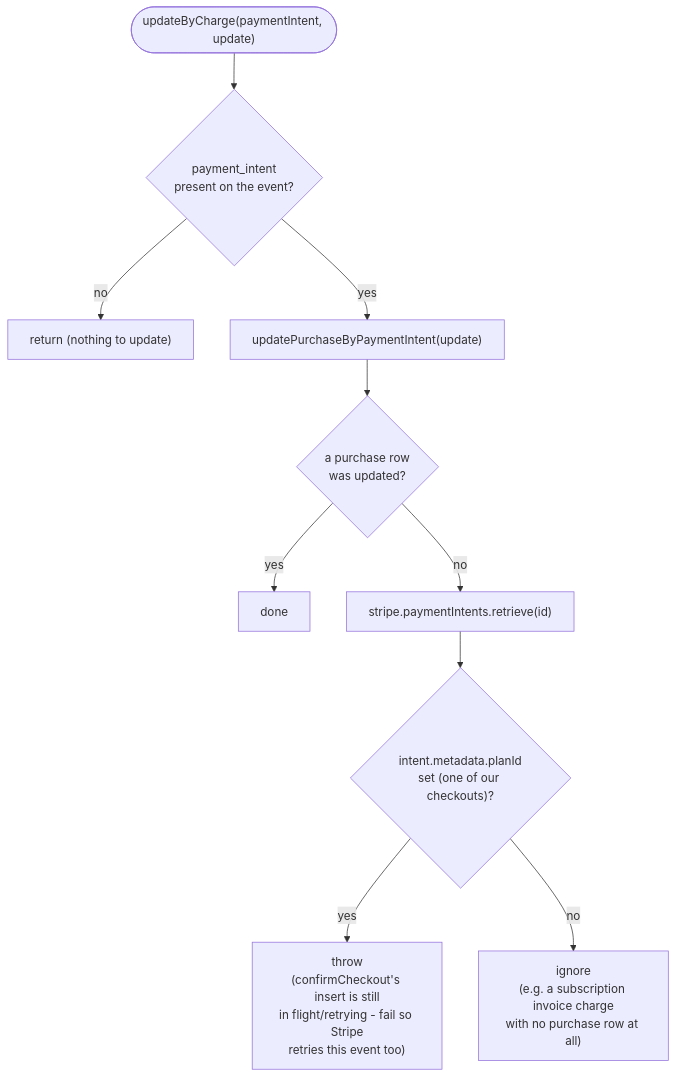
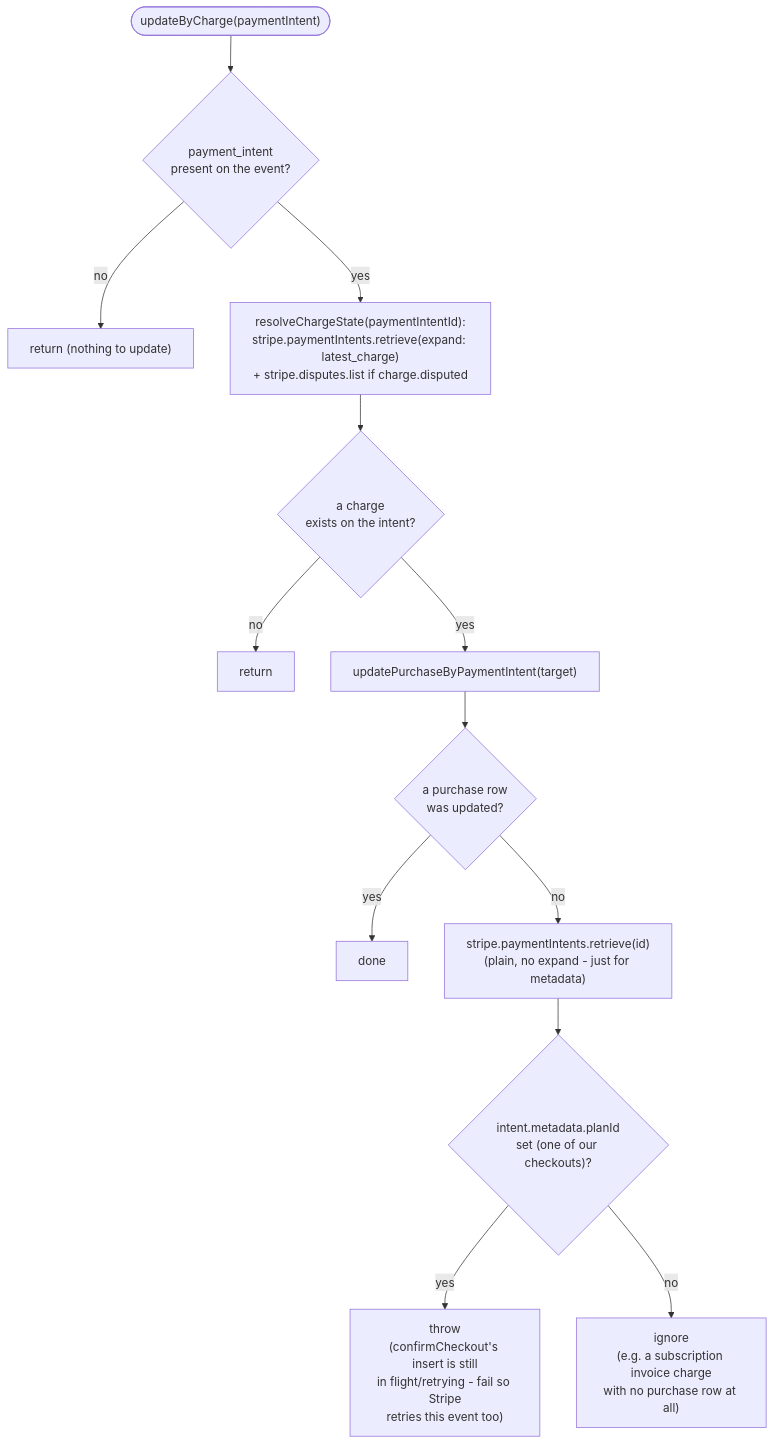
Before and after one commit to FranciscoAVD/backend: the sixth of 7 diagrams in src/features/payments/CONTROL_FLOW.md, drawn with Mermaid. The commit also changed other lines of this file and 30 other files, not shown here.

````diff
--- a/src/features/payments/CONTROL_FLOW.md
+++ b/src/features/payments/CONTROL_FLOW.md
@@ -145,12 +196,15 @@
 ```mermaid
 flowchart TD
-    Start(["updateByCharge(paymentIntent, update)"]) --> HasId{"payment_intent\npresent on the event?"}
+    Start(["updateByCharge(paymentIntent)"]) --> HasId{"payment_intent\npresent on the event?"}
     HasId -- no --> NoOp1["return (nothing to update)"]
-    HasId -- yes --> TryUpdate["updatePurchaseByPaymentIntent(update)"]
+    HasId -- yes --> Resolve["resolveChargeState(paymentIntentId):\nstripe.paymentIntents.retrieve(expand: latest_charge)\n+ stripe.disputes.list if charge.disputed"]
+    Resolve --> HasCharge{"a charge\nexists on the intent?"}
+    HasCharge -- no --> NoOp2["return"]
+    HasCharge -- yes --> TryUpdate["updatePurchaseByPaymentIntent(target)"]
     TryUpdate --> Updated{"a purchase row\nwas updated?"}
     Updated -- yes --> Done["done"]
-    Updated -- no --> Retrieve["stripe.paymentIntents.retrieve(id)"]
+    Updated -- no --> Retrieve["stripe.paymentIntents.retrieve(id)\n(plain, no expand - just for metadata)"]
     Retrieve --> OursButMissing{"intent.metadata.planId\nset (one of our checkouts)?"}
     OursButMissing -- yes --> Throw["throw\n(confirmCheckout's insert is still\nin flight/retrying - fail so Stripe\nretries this event too)"]
     OursButMissing -- no --> Ignore["ignore\n(e.g. a subscription invoice charge\nwith no purchase row at all)"]
 ```
````
